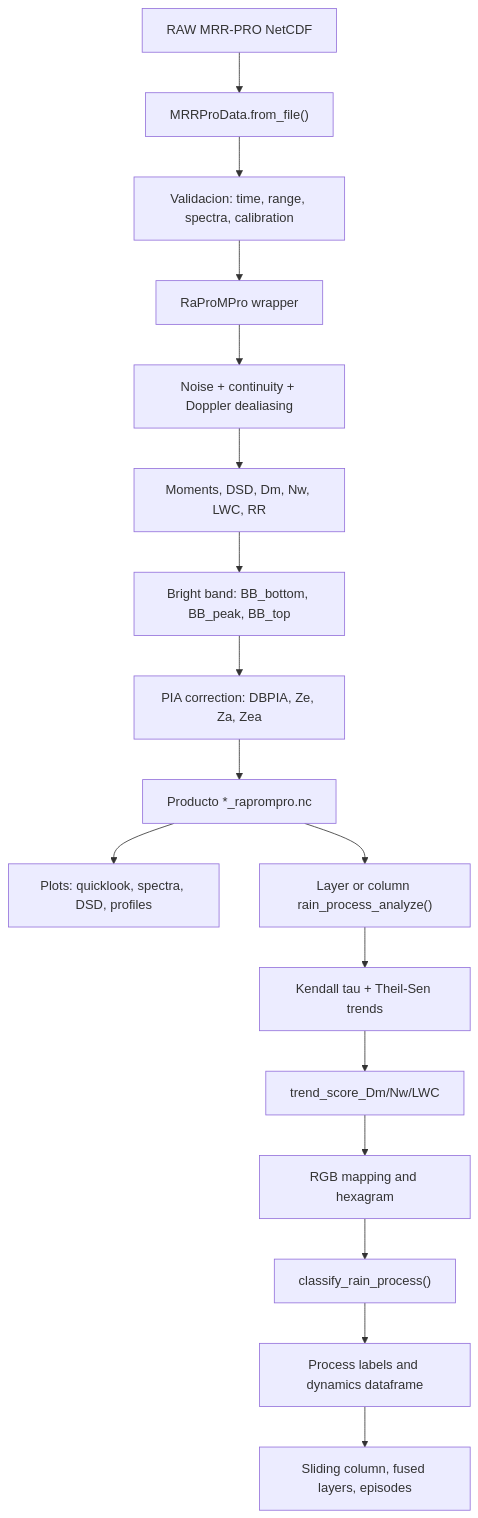
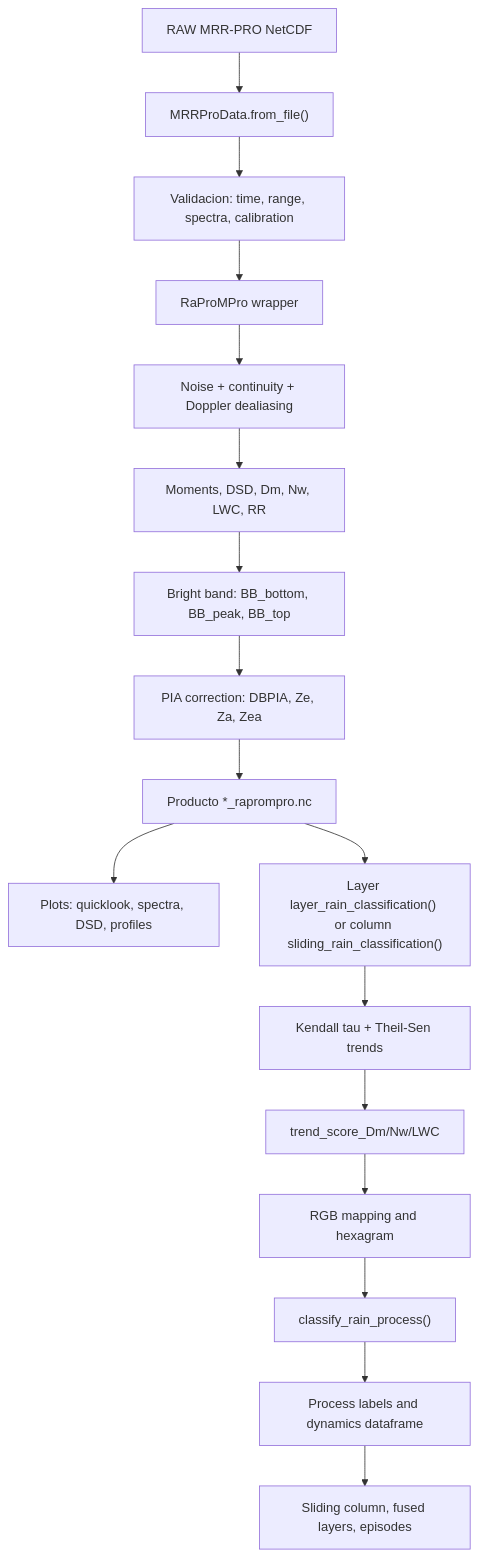
One commit to jabravoaranda/mrrpropy changed the diagram in docs/poster_mrrpropy_report.md. Above: the diagram before and after it, drawn with Mermaid. The commit also changed other lines of this file and 16 other files, not shown here.

Commit message:
Rename rain classification entry points

````diff
--- a/docs/poster_mrrpropy_report.md
+++ b/docs/poster_mrrpropy_report.md
@@ -249,19 +249,19 @@
 ```mermaid
 flowchart TD
     A["RAW MRR-PRO NetCDF"] --> B["MRRProData.from_file()"]
     B --> C["Validacion: time, range, spectra, calibration"]
     C --> D["RaProMPro wrapper"]
     D --> E["Noise + continuity + Doppler dealiasing"]
     E --> F["Moments, DSD, Dm, Nw, LWC, RR"]
     F --> G["Bright band: BB_bottom, BB_peak, BB_top"]
     G --> H["PIA correction: DBPIA, Ze, Za, Zea"]
     H --> I["Producto *_raprompro.nc"]
     I --> J["Plots: quicklook, spectra, DSD, profiles"]
-    I --> K["Layer or column rain_process_analyze()"]
+    I --> K["Layer layer_rain_classification() or column sliding_rain_classification()"]
     K --> L["Kendall tau + Theil-Sen trends"]
     L --> M["trend_score_Dm/Nw/LWC"]
     M --> N["RGB mapping and hexagram"]
     N --> O["classify_rain_process()"]
     O --> P["Process labels and dynamics dataframe"]
     P --> Q["Sliding column, fused layers, episodes"]
 ```
````
